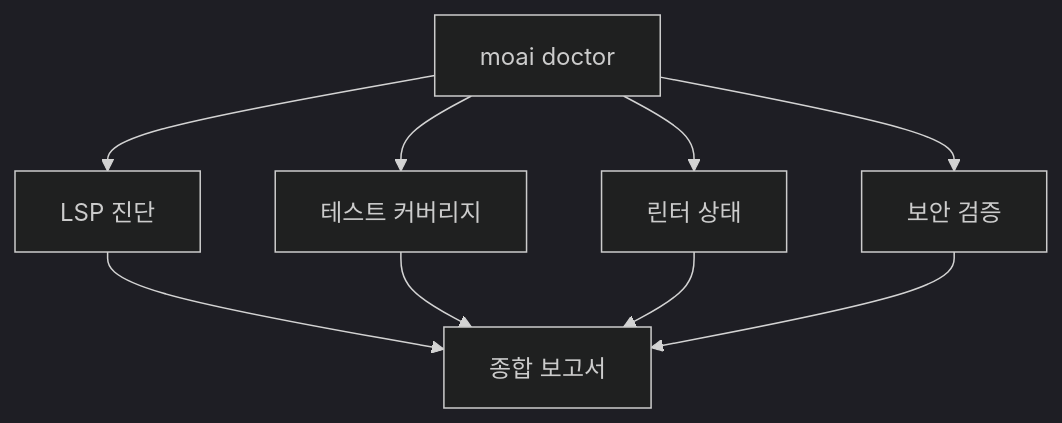
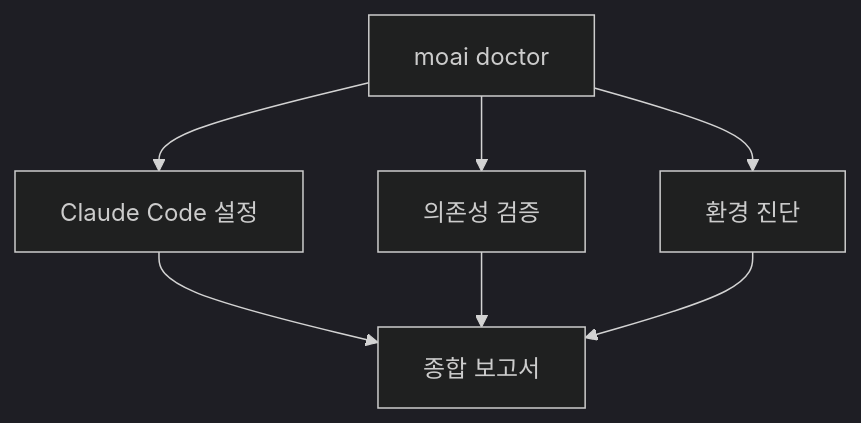
One commit to modu-ai/moai-adk changed the ninth of 9 diagrams in docs-site/content/ko/getting-started/quickstart.md. Above: the diagram before and after it, drawn with Mermaid (dark theme). The commit also changed other lines of this file and 5 other files, not shown here.

````diff
--- a/docs-site/content/ko/getting-started/quickstart.md
+++ b/docs-site/content/ko/getting-started/quickstart.md
@@ -399,12 +400,10 @@
 ```mermaid
 graph TD
-    A["moai doctor"] --> B["LSP 진단"]
-    A --> C["테스트 커버리지"]
-    A --> D["린터 상태"]
-    A --> E["보안 검증"]
+    A["moai doctor"] --> B["Claude Code 설정"]
+    A --> C["의존성 검증"]
+    A --> D["환경 진단"]
 
     B --> F["종합 보고서"]
     C --> F
     D --> F
-    E --> F
 ```
````
